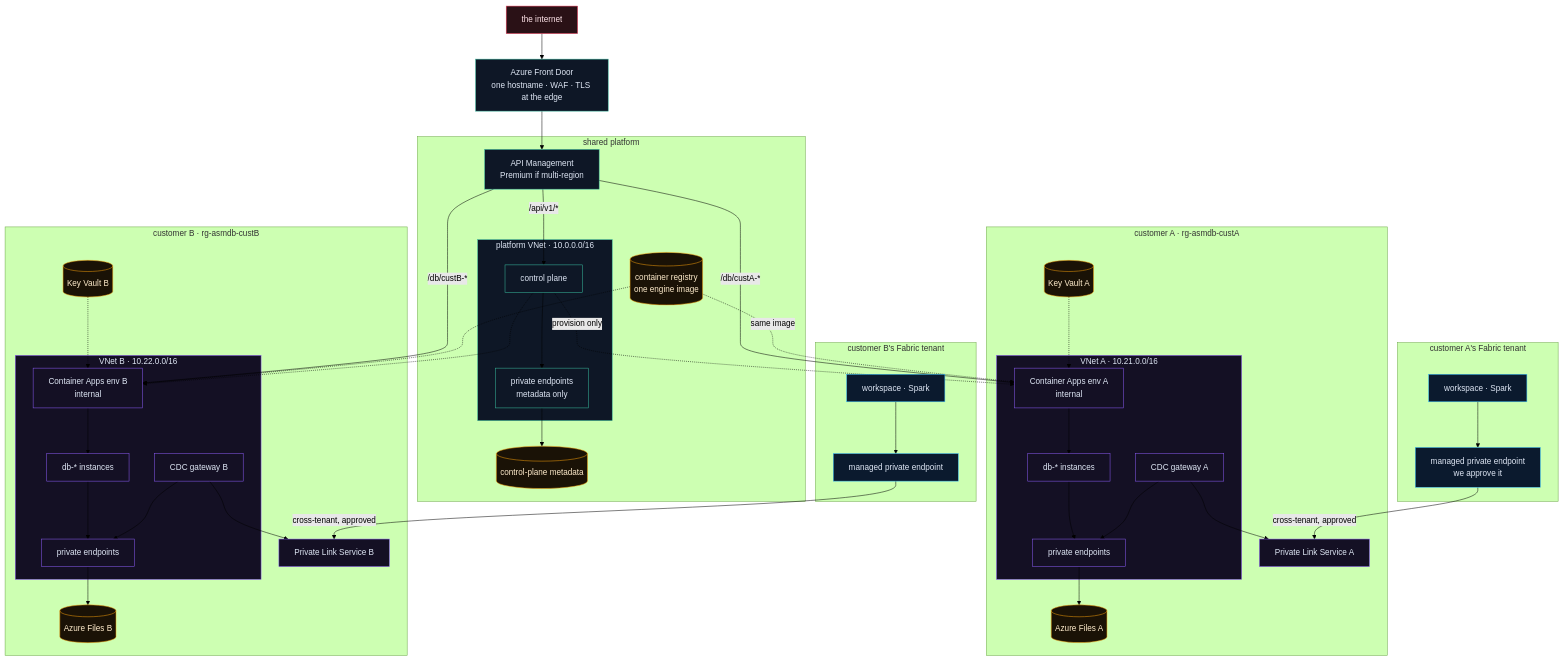
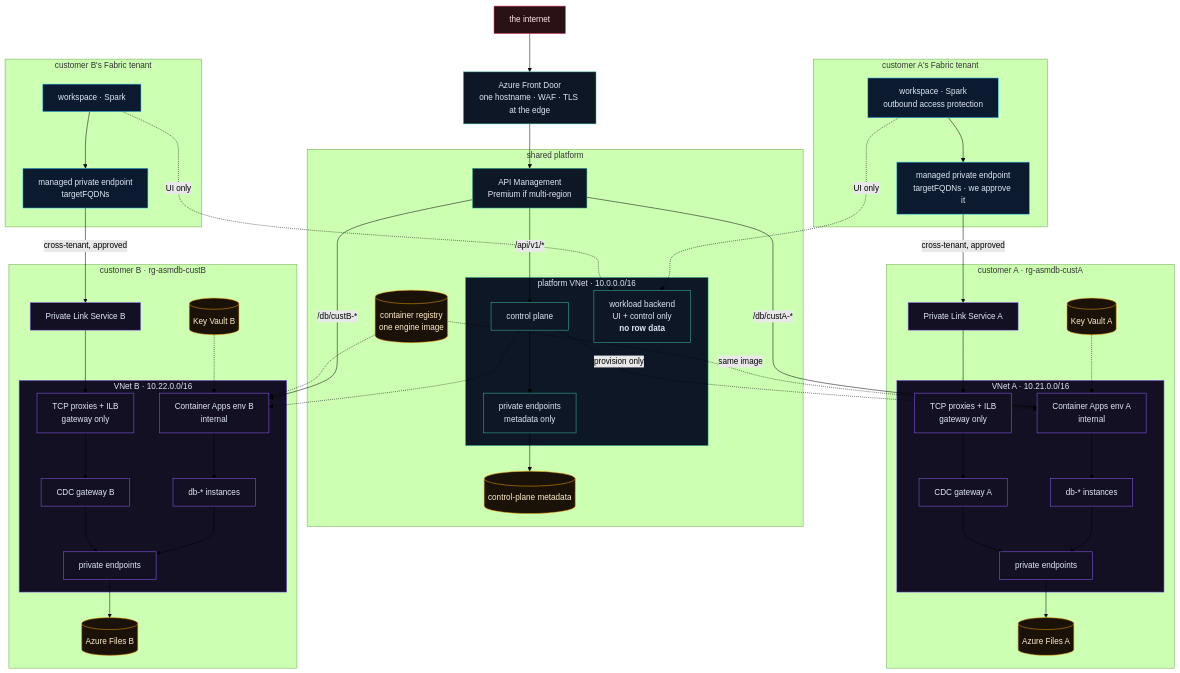
Before and after one commit to fredgis/asmDB: the third of 3 diagrams in docs/NETWORK.md, drawn with Mermaid (forest theme). The commit also changed other lines of this file, not shown here.

````diff
--- a/docs/NETWORK.md
+++ b/docs/NETWORK.md
@@ -201,6 +622,7 @@
     APIM2["API Management<br/>Premium if multi-region"]
     subgraph SVNET["platform VNet · 10.0.0.0/16"]
       CP2["control plane"]
+      BE3["workload backend<br/>UI + control only<br/><b>no row data</b>"]
       SPE["private endpoints<br/>metadata only"]
     end
     CPDB[("control-plane metadata")]
@@ -212,6 +634,7 @@
       ENVA["Container Apps env A<br/>internal"]
       DBA["db-* instances"]
       GWA["CDC gateway A"]
+      PXA["TCP proxies + ILB<br/>gateway only"]
       PEA2["private endpoints"]
     end
     FSA[("Azure Files A")]
@@ -224,6 +647,7 @@
       ENVB["Container Apps env B<br/>internal"]
       DBB["db-* instances"]
       GWB["CDC gateway B"]
+      PXB["TCP proxies + ILB<br/>gateway only"]
       PEB2["private endpoints"]
     end
     FSB[("Azure Files B")]
@@ -232,12 +656,12 @@
   end
 
   subgraph TA["customer A's Fabric tenant"]
-    MPEA["managed private endpoint<br/>we approve it"]
-    WSA["workspace · Spark"]
+    MPEA["managed private endpoint<br/>targetFQDNs · we approve it"]
+    WSA["workspace · Spark<br/>outbound access protection"]
   end
 
   subgraph TB2["customer B's Fabric tenant"]
-    MPEB["managed private endpoint"]
+    MPEB["managed private endpoint<br/>targetFQDNs"]
     WSB["workspace · Spark"]
   end
 
@@ -255,15 +679,17 @@
   ENVA --> DBA --> PEA2 --> FSA
   GWA --> PEA2
   KVA -.-> ENVA
-  GWA --> PLSA
+  PLSA --> PXA --> GWA
 
   ENVB --> DBB --> PEB2 --> FSB
   GWB --> PEB2
   KVB -.-> ENVB
-  GWB --> PLSB
+  PLSB --> PXB --> GWB
 
   WSA --> MPEA -->|"cross-tenant, approved"| PLSA
   WSB --> MPEB -->|"cross-tenant, approved"| PLSB
+  WSA -.->|"UI only"| BE3
+  WSB -.->|"UI only"| BE3
 
   classDef pub fill:#2a1116,stroke:#f43f5e,color:#ffe4e9
   classDef shared fill:#0e1726,stroke:#3ABB9F,color:#dfe7f5
@@ -272,8 +698,8 @@
   classDef fab fill:#0b1a2e,stroke:#38bdf8,color:#dfe7f5
 
   class NET pub
-  class AFD,APIM2,CP2,SPE,SVNET shared
+  class AFD,APIM2,CP2,BE3,SPE,SVNET shared
   class CPDB,ACR2,FSA,FSB,KVA,KVB store
-  class VA,VB,ENVA,ENVB,DBA,DBB,GWA,GWB,PEA2,PEB2,PLSA,PLSB cust
+  class VA,VB,ENVA,ENVB,DBA,DBB,GWA,GWB,PXA,PXB,PEA2,PEB2,PLSA,PLSB cust
   class MPEA,MPEB,WSA,WSB fab
 ```
````
